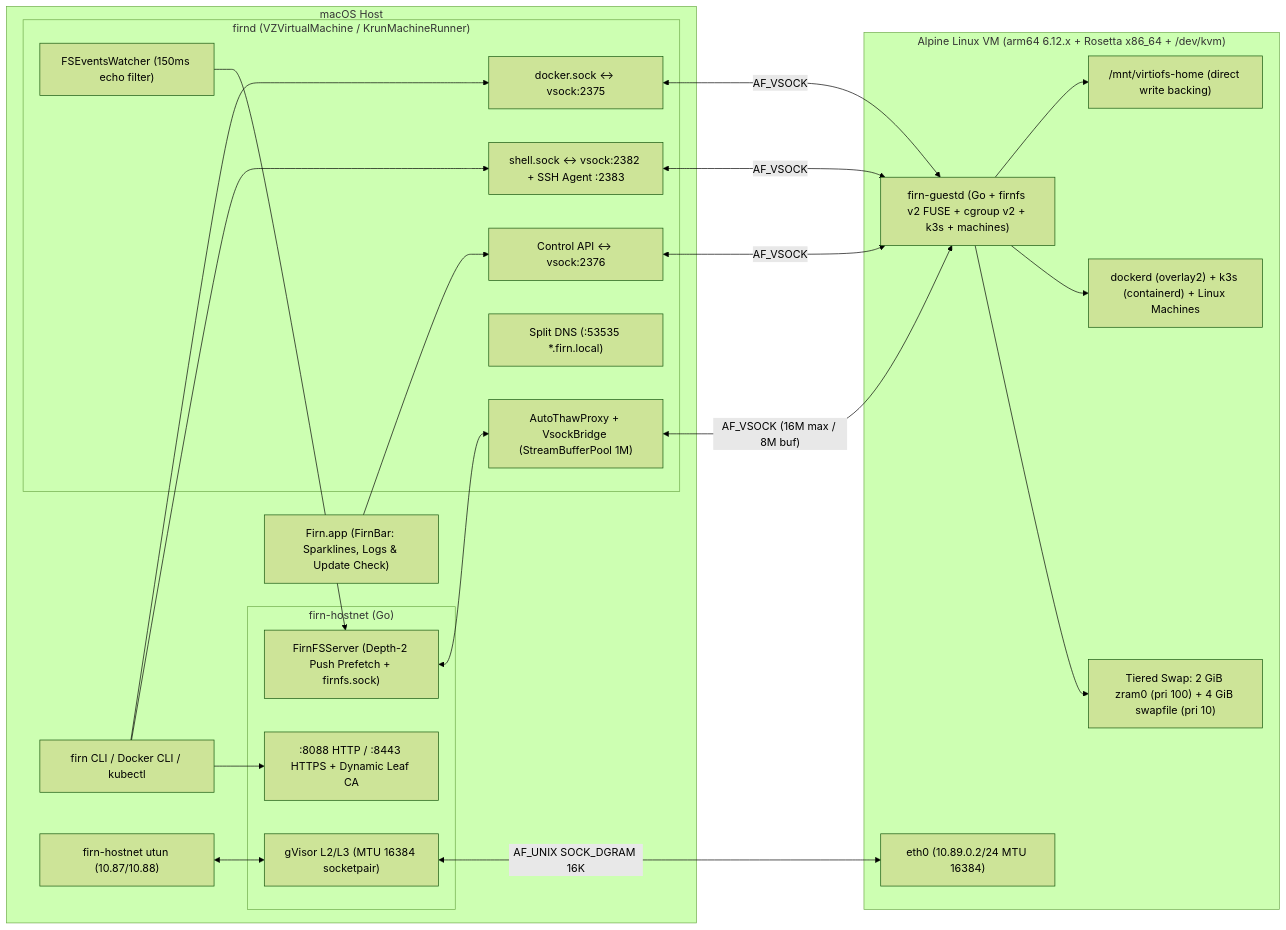
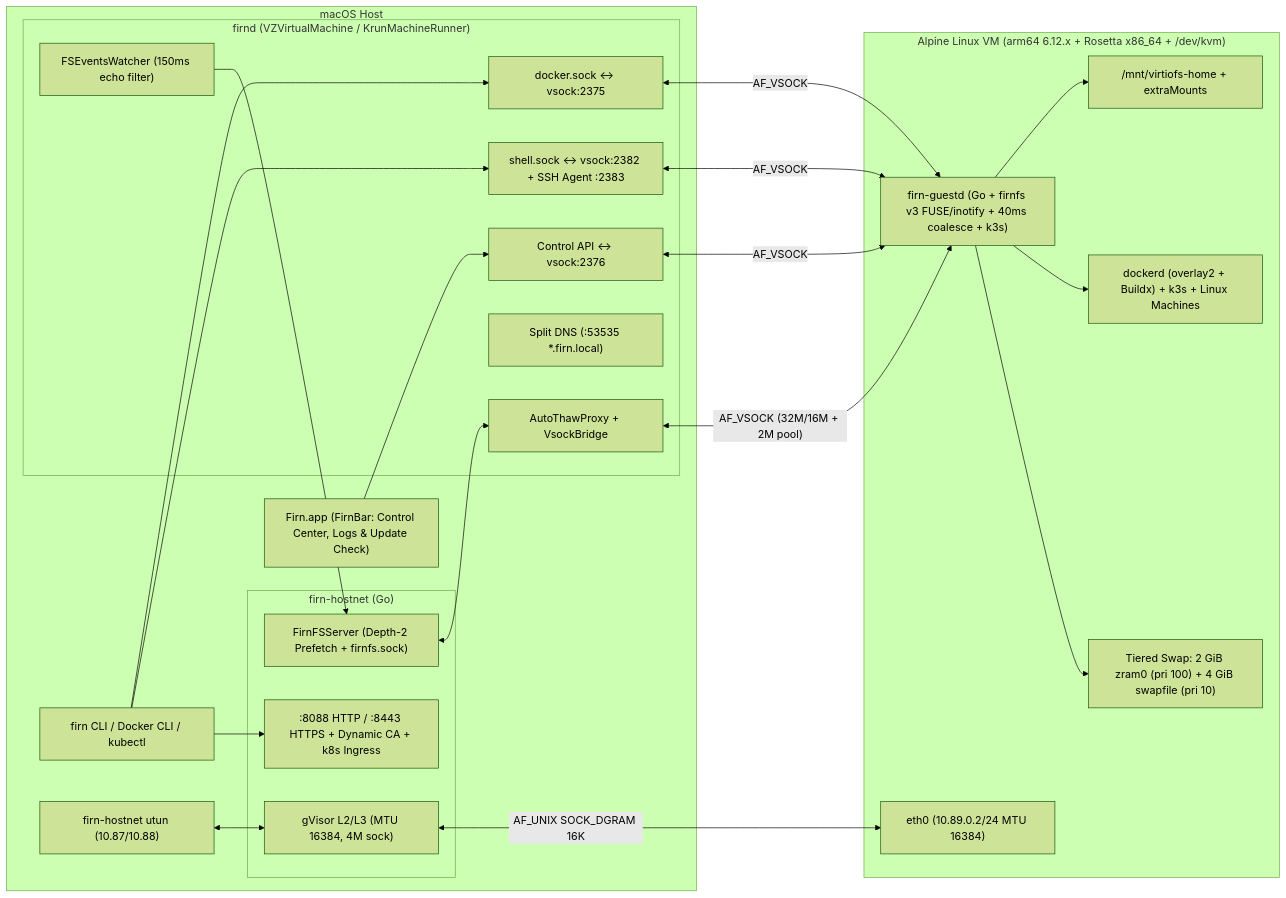
The diagram in README.md (zxzinn/firn), drawn with Mermaid (forest theme) before and after one commit. The commit also changed other lines of this file and 31 other files, not shown here.

Commit message:
Release v0.6.0: firnfs v3 inotify HMR, k3s dev loop, Buildx Rosetta, FirnBar control center, and E2E suite

````diff
--- a/README.md
+++ b/README.md
@@ -111,43 +109,43 @@
 ```mermaid
 flowchart LR
   subgraph macOS["macOS Host"]
     CLI["firn CLI / Docker CLI / kubectl"]
-    Bar["Firn.app (FirnBar: Sparklines, Logs & Update Check)"]
+    Bar["Firn.app (FirnBar: Control Center, Logs & Update Check)"]
     UTUN["firn-hostnet utun (10.87/10.88)"]
     subgraph Daemon["firnd (VZVirtualMachine / KrunMachineRunner)"]
       FSW["FSEventsWatcher (150ms echo filter)"]
       D["docker.sock <-> vsock:2375"]
       C["Control API <-> vsock:2376"]
-      T["AutoThawProxy + VsockBridge (StreamBufferPool 1M)"]
+      T["AutoThawProxy + VsockBridge"]
       DNS["Split DNS (:53535 *.firn.local)"]
       SH["shell.sock <-> vsock:2382 + SSH Agent :2383"]
     end
     subgraph HN["firn-hostnet (Go)"]
-      GV["gVisor L2/L3 (MTU 16384 socketpair)"]
-      TLS[":8088 HTTP / :8443 HTTPS + Dynamic Leaf CA"]
-      FSRV["FirnFSServer (Depth-2 Push Prefetch + firnfs.sock)"]
+      GV["gVisor L2/L3 (MTU 16384, 4M sock)"]
+      TLS[":8088 HTTP / :8443 HTTPS + Dynamic CA + k8s Ingress"]
+      FSRV["FirnFSServer (Depth-2 Prefetch + firnfs.sock)"]
     end
   end
   subgraph Linux["Alpine Linux VM (arm64 6.12.x + Rosetta x86_64 + /dev/kvm)"]
-    GD["firn-guestd (Go + firnfs v2 FUSE + cgroup v2 + k3s + machines)"]
+    GD["firn-guestd (Go + firnfs v3 FUSE/inotify + 40ms coalesce + k3s)"]
     ETH["eth0 (10.89.0.2/24 MTU 16384)"]
-    DK["dockerd (overlay2) + k3s (containerd) + Linux Machines"]
-    VFS["/mnt/virtiofs-home (direct write backing)"]
+    DK["dockerd (overlay2 + Buildx) + k3s + Linux Machines"]
+    VFS["/mnt/virtiofs-home + extraMounts"]
     SW["Tiered Swap: 2 GiB zram0 (pri 100) + 4 GiB swapfile (pri 10)"]
   end
   CLI --> D
   CLI --> SH
   CLI --> TLS
   UTUN <--> GV
   Bar --> C
   FSW --> FSRV
-  T <-->|"AF_VSOCK (16M max / 8M buf)"| GD
+  T <-->|"AF_VSOCK (32M/16M + 2M pool)"| GD
   D <-->|"AF_VSOCK"| GD
   C <-->|"AF_VSOCK"| GD
   SH <-->|"AF_VSOCK"| GD
   GV <-->|"AF_UNIX SOCK_DGRAM 16K"| ETH
   FSRV <--> T
   GD --> VFS
   GD --> DK
   GD --> SW
 ```
````
